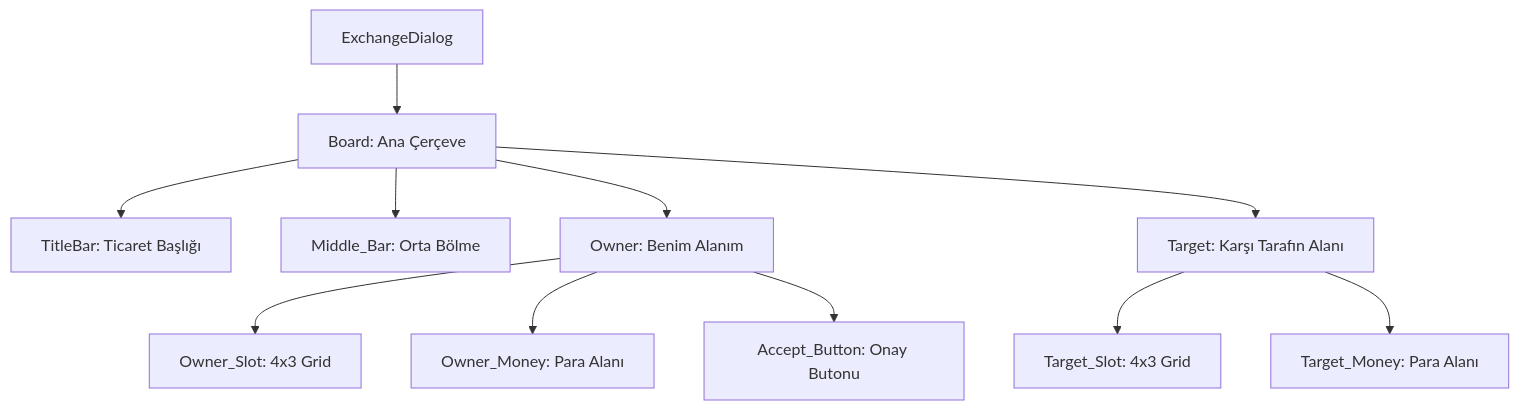
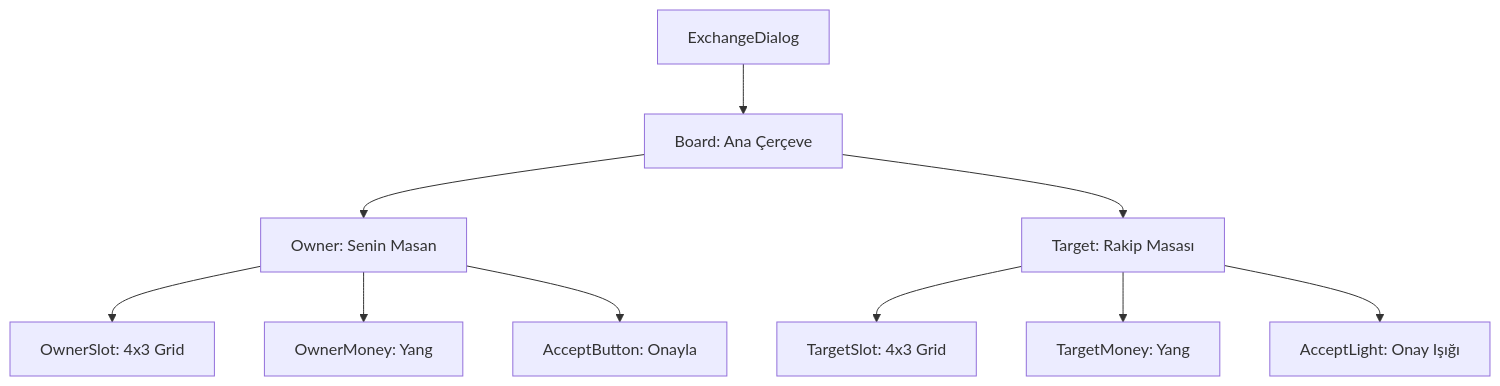
The diagram in uiscript/exchangedialog/skills.md (Engin622/Metin2-Pack-Agent-Skills), drawn with Mermaid before and after one commit. The commit also changed other lines of this file and 10 other files, not shown here.

````diff
--- a/uiscript/exchangedialog/skills.md
+++ b/uiscript/exchangedialog/skills.md
@@ -47,13 +34,12 @@
 ```mermaid
 graph TD
     A[ExchangeDialog] --> B[Board: Ana Çerçeve]
-    B --> C[TitleBar: Ticaret Başlığı]
-    B --> D[Middle_Bar: Orta Bölme]
-    B --> E[Owner: Benim Alanım]
-    E --> E1[Owner_Slot: 4x3 Grid]
-    E --> E2[Owner_Money: Para Alanı]
-    E --> E3[Accept_Button: Onay Butonu]
-    B --> F[Target: Karşı Tarafın Alanı]
-    F --> F1[Target_Slot: 4x3 Grid]
-    F --> F2[Target_Money: Para Alanı]
+    B --> C[Owner: Senin Masan]
+    C --> C1[OwnerSlot: 4x3 Grid]
+    C --> C2[OwnerMoney: Yang]
+    C --> C3[AcceptButton: Onayla]
+    B --> D[Target: Rakip Masası]
+    D --> D1[TargetSlot: 4x3 Grid]
+    D --> D2[TargetMoney: Yang]
+    D --> D3[AcceptLight: Onay Işığı]
 ```
````
